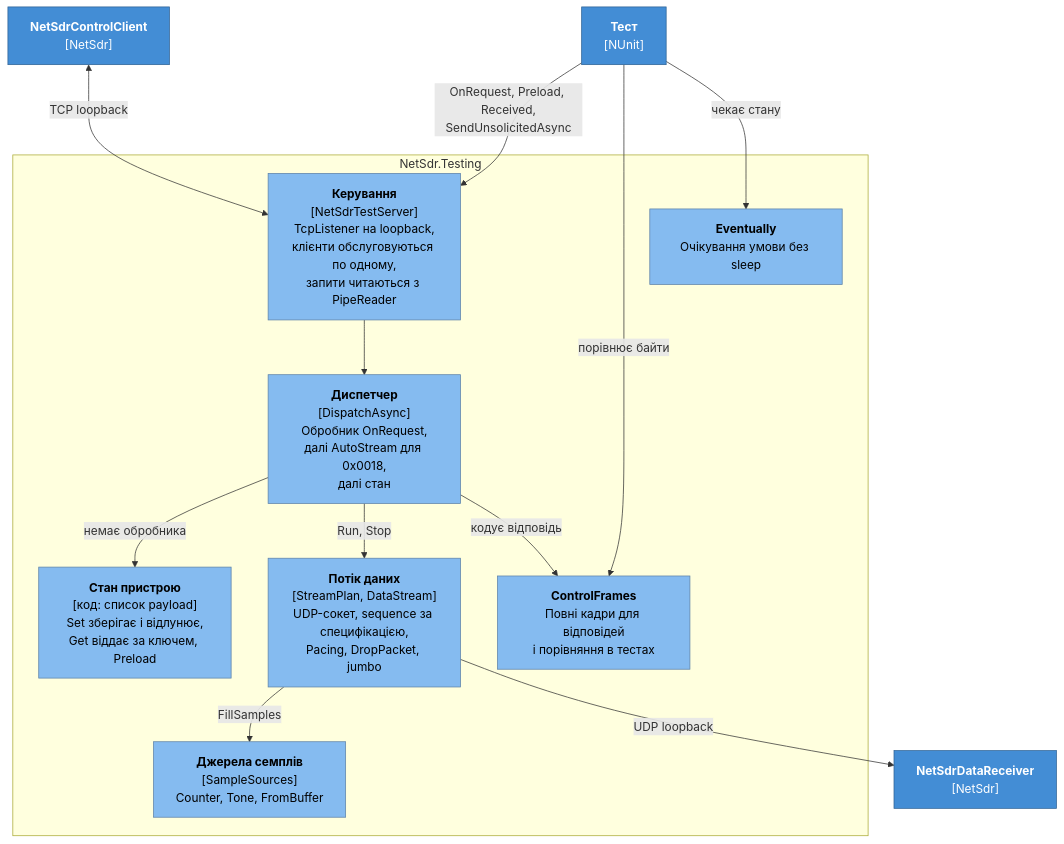
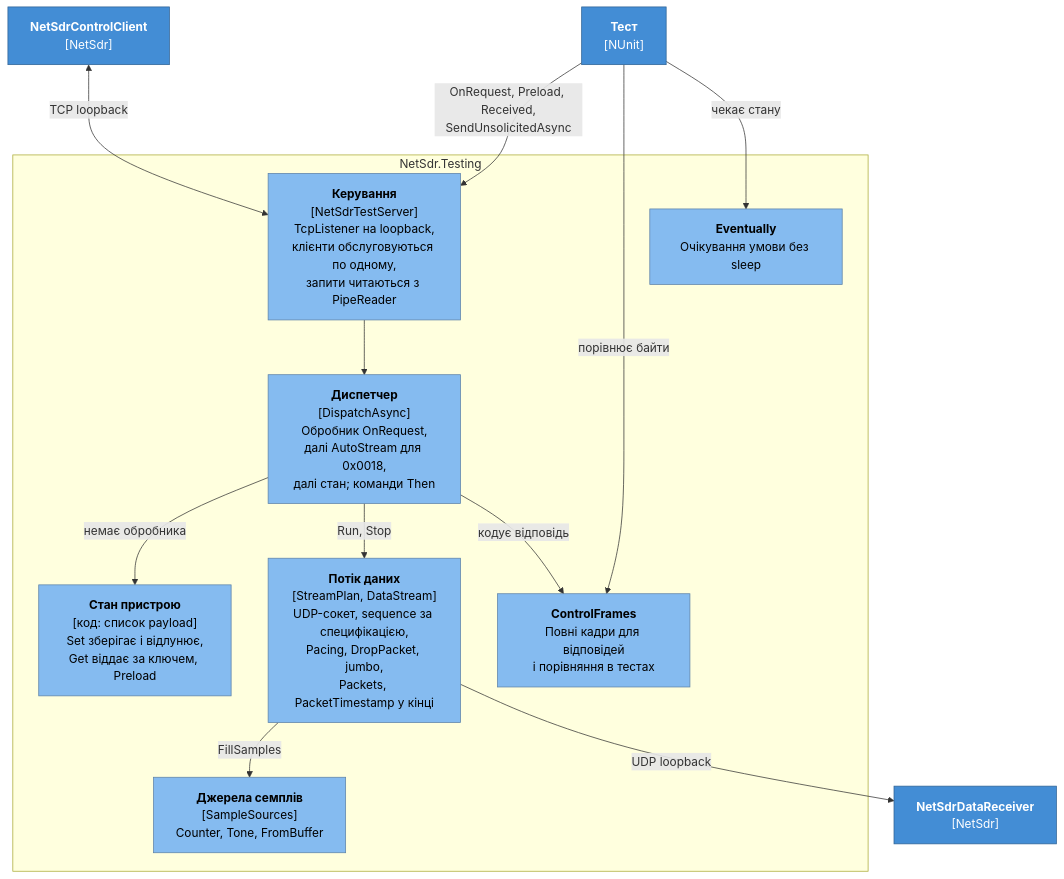
One commit to vadimart92/NetSdrClient changed the fourth of 7 diagrams in docs/architecture.md. Above: the diagram before and after it, drawn with Mermaid. The commit also changed other lines of this file and 13 other files, not shown here.

````diff
--- a/docs/architecture.md
+++ b/docs/architecture.md
@@ -198,32 +198,32 @@
 ```mermaid
 flowchart TB
     test["<b>Тест</b><br/>[NUnit]"]
     client["<b>NetSdrControlClient</b><br/>[NetSdr]"]
     recv["<b>NetSdrDataReceiver</b><br/>[NetSdr]"]
 
     subgraph testing["NetSdr.Testing"]
         server["<b>Керування</b><br/>[NetSdrTestServer]<br/>TcpListener на loopback,<br/>клієнти обслуговуються по одному,<br/>запити читаються з PipeReader"]
-        disp["<b>Диспетчер</b><br/>[DispatchAsync]<br/>Обробник OnRequest,<br/>далі AutoStream для 0x0018,<br/>далі стан"]
+        disp["<b>Диспетчер</b><br/>[DispatchAsync]<br/>Обробник OnRequest,<br/>далі AutoStream для 0x0018,<br/>далі стан; команди Then"]
         state["<b>Стан пристрою</b><br/>[код: список payload]<br/>Set зберігає і відлунює,<br/>Get віддає за ключем, Preload"]
-        stream["<b>Потік даних</b><br/>[StreamPlan, DataStream]<br/>UDP-сокет, sequence за специфікацією,<br/>Pacing, DropPacket, jumbo"]
+        stream["<b>Потік даних</b><br/>[StreamPlan, DataStream]<br/>UDP-сокет, sequence за специфікацією,<br/>Pacing, DropPacket, jumbo,<br/>Packets, PacketTimestamp у кінці"]
         sources["<b>Джерела семплів</b><br/>[SampleSources]<br/>Counter, Tone, FromBuffer"]
         frames["<b>ControlFrames</b><br/>Повні кадри для відповідей<br/>і порівняння в тестах"]
         eventually["<b>Eventually</b><br/>Очікування умови без sleep"]
     end
 
     test -->|"OnRequest, Preload, Received,<br/>SendUnsolicitedAsync"| server
     test -->|"порівнює байти"| frames
     test -->|"чекає стану"| eventually
     client <-->|"TCP loopback"| server
     server --> disp
     disp -->|"немає обробника"| state
     disp -->|"Run, Stop"| stream
     disp -->|"кодує відповідь"| frames
     stream -->|"FillSamples"| sources
     stream -->|"UDP loopback"| recv
 
     classDef component fill:#85BBF0,stroke:#5D82A8,color:#000
     classDef container fill:#438DD5,stroke:#2E6295,color:#fff
     class server,disp,state,stream,sources,frames,eventually component
     class test,client,recv container
 ```
````
